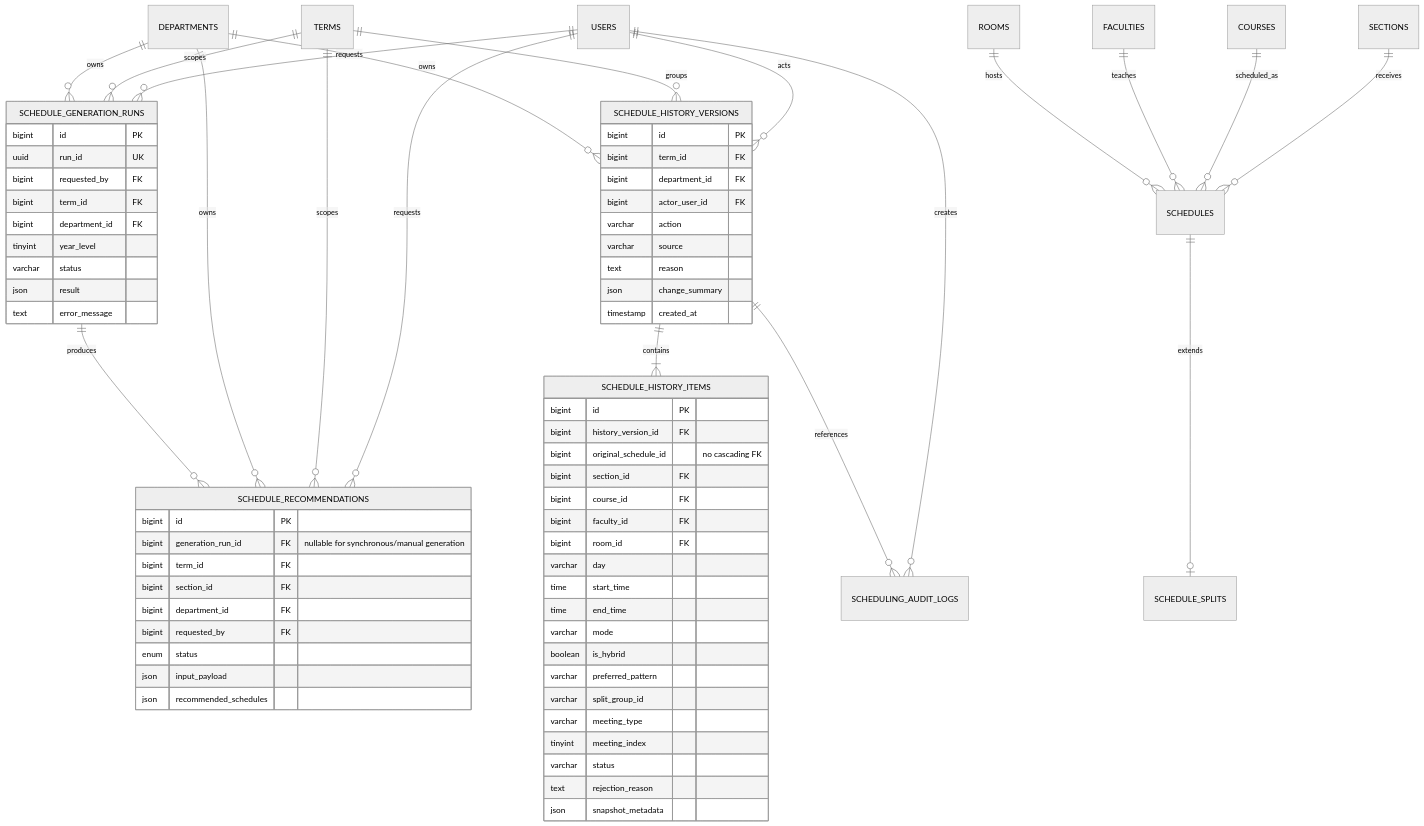
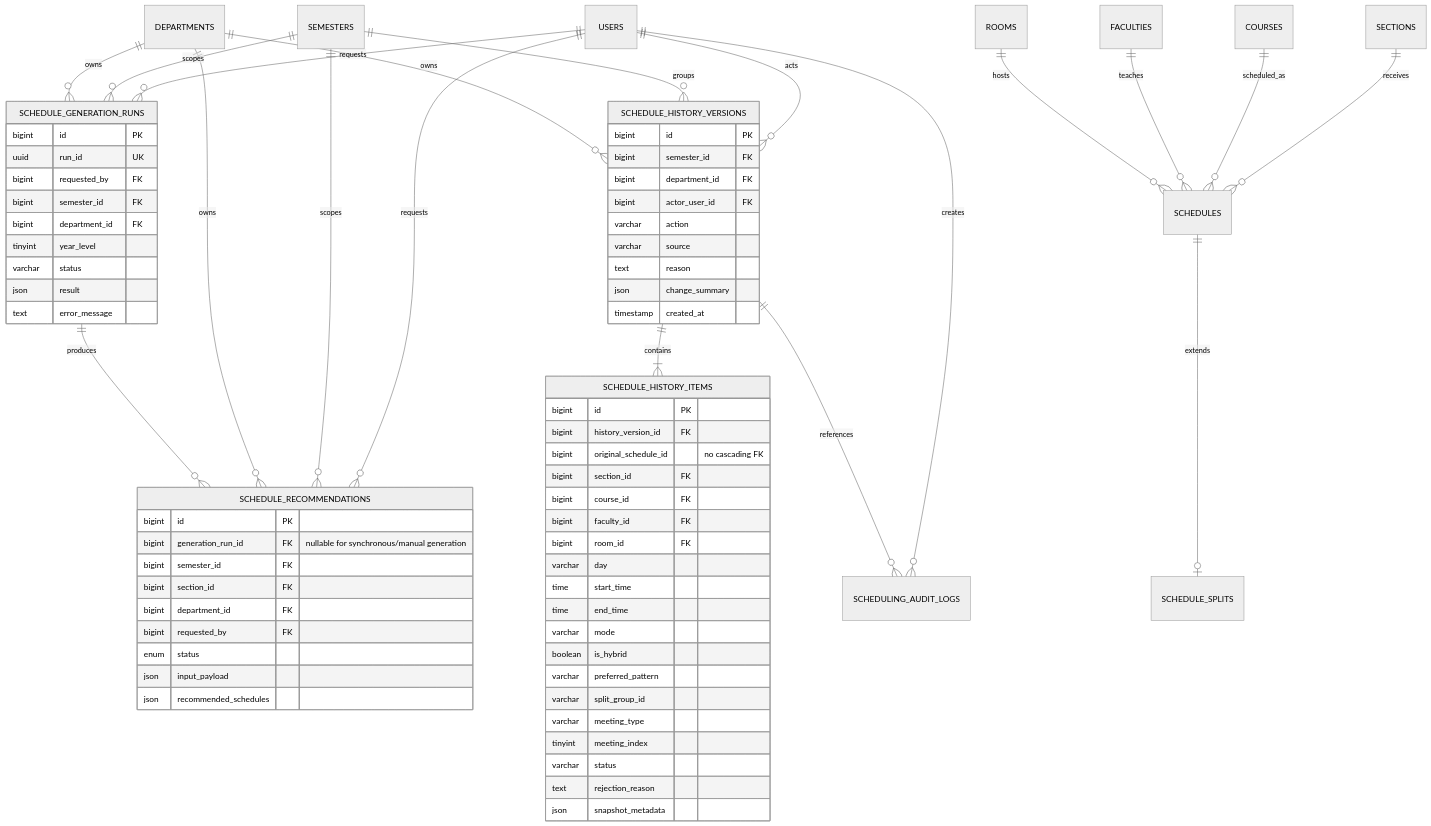
One commit to rtdabz/Web-Based-Intelligent-Conflict-Detection-and-Recommendation-System-for-Academic-Scheduling changed the second of 2 diagrams in docs/database_fix_erd.md. Above: the diagram before and after it, drawn with Mermaid (neutral theme). The commit also changed other lines of this file and 223 other files, not shown here.

First line of the commit message:
refactor: rename the academic Term entity to Semester

````diff
--- a/docs/database_fix_erd.md
+++ b/docs/database_fix_erd.md
@@ -83,82 +83,82 @@
 ```mermaid
 erDiagram
     USERS ||--o{ SCHEDULE_GENERATION_RUNS : requests
     USERS ||--o{ SCHEDULE_RECOMMENDATIONS : requests
     USERS ||--o{ SCHEDULE_HISTORY_VERSIONS : acts
     USERS ||--o{ SCHEDULING_AUDIT_LOGS : creates
 
-    TERMS ||--o{ SCHEDULE_GENERATION_RUNS : scopes
-    TERMS ||--o{ SCHEDULE_RECOMMENDATIONS : scopes
-    TERMS ||--o{ SCHEDULE_HISTORY_VERSIONS : groups
+    SEMESTERS ||--o{ SCHEDULE_GENERATION_RUNS : scopes
+    SEMESTERS ||--o{ SCHEDULE_RECOMMENDATIONS : scopes
+    SEMESTERS ||--o{ SCHEDULE_HISTORY_VERSIONS : groups
     DEPARTMENTS ||--o{ SCHEDULE_GENERATION_RUNS : owns
     DEPARTMENTS ||--o{ SCHEDULE_RECOMMENDATIONS : owns
     DEPARTMENTS ||--o{ SCHEDULE_HISTORY_VERSIONS : owns
 
     SCHEDULE_GENERATION_RUNS ||--o{ SCHEDULE_RECOMMENDATIONS : produces
     SCHEDULE_HISTORY_VERSIONS ||--|{ SCHEDULE_HISTORY_ITEMS : contains
     SCHEDULE_HISTORY_VERSIONS ||--o{ SCHEDULING_AUDIT_LOGS : references
 
     SCHEDULES ||--o| SCHEDULE_SPLITS : extends
     SECTIONS ||--o{ SCHEDULES : receives
     COURSES ||--o{ SCHEDULES : scheduled_as
     FACULTIES ||--o{ SCHEDULES : teaches
     ROOMS ||--o{ SCHEDULES : hosts
 
     SCHEDULE_HISTORY_VERSIONS {
         bigint id PK
-        bigint term_id FK
+        bigint semester_id FK
         bigint department_id FK
         bigint actor_user_id FK
         varchar action
         varchar source
         text reason
         json change_summary
         timestamp created_at
     }
 
     SCHEDULE_HISTORY_ITEMS {
         bigint id PK
         bigint history_version_id FK
         bigint original_schedule_id "no cascading FK"
         bigint section_id FK
         bigint course_id FK
         bigint faculty_id FK
         bigint room_id FK
         varchar day
         time start_time
         time end_time
         varchar mode
         boolean is_hybrid
         varchar preferred_pattern
         varchar split_group_id
         varchar meeting_type
         tinyint meeting_index
         varchar status
         text rejection_reason
         json snapshot_metadata
     }
 
     SCHEDULE_GENERATION_RUNS {
         bigint id PK
         uuid run_id UK
         bigint requested_by FK
-        bigint term_id FK
+        bigint semester_id FK
         bigint department_id FK
         tinyint year_level
         varchar status
         json result
         text error_message
     }
 
     SCHEDULE_RECOMMENDATIONS {
         bigint id PK
         bigint generation_run_id FK "nullable for synchronous/manual generation"
-        bigint term_id FK
+        bigint semester_id FK
         bigint section_id FK
         bigint department_id FK
         bigint requested_by FK
         enum status
         json input_payload
         json recommended_schedules
     }
 ```
````
